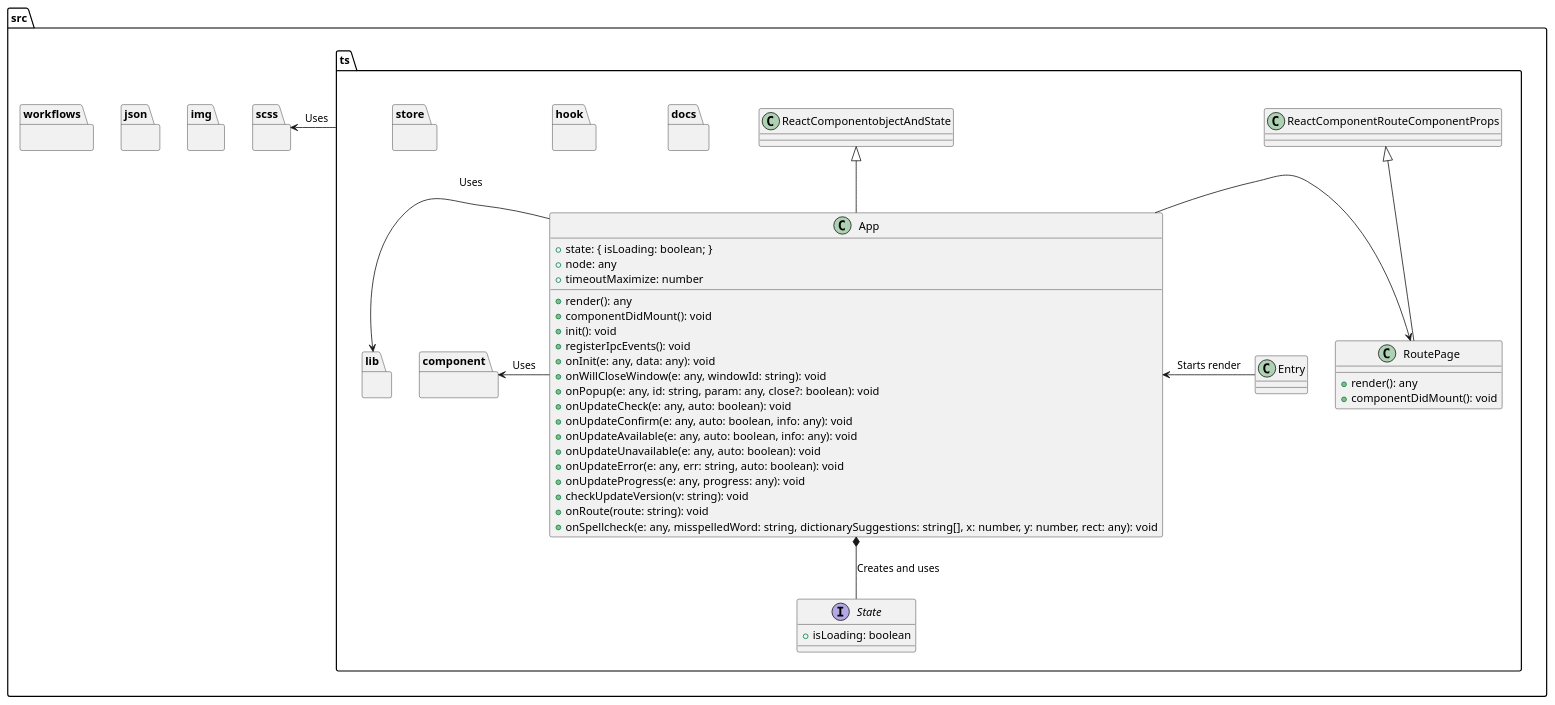
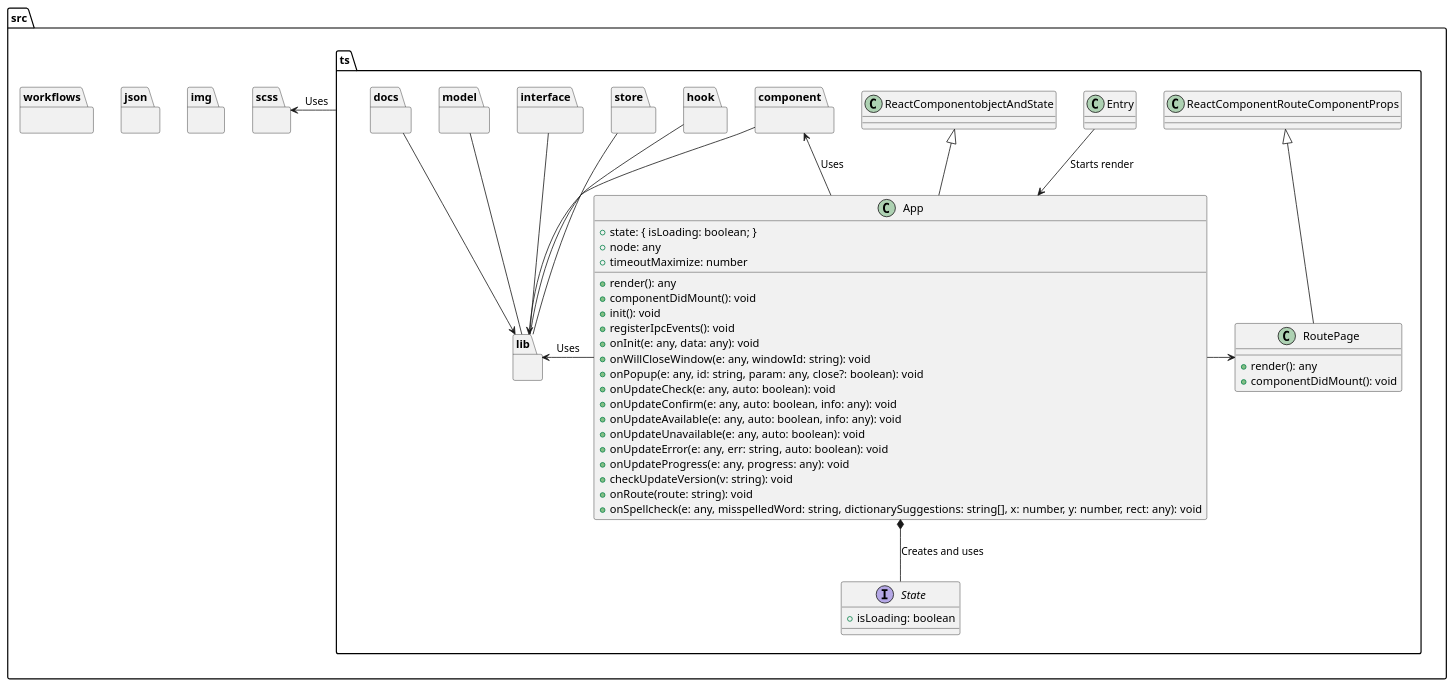
One commit to ThatOne2/Soft-Arch-anytype-ts- changed the diagram in module-view.puml. Above: the diagram before and after it, drawn with PlantUML. The commit also changed 3 other files, not shown here.

Commit message:
component preview and fixes to overview diagram

```diff
--- a/module-view.puml
+++ b/module-view.puml
@@ -1,87 +1,103 @@
 @startuml moduleview
 
 namespace src {
     namespace ts {
         interface State {
             +isLoading: boolean
         }
         
         class RoutePage extends ReactComponentRouteComponentProps {
             +render(): any
             +componentDidMount(): void
         }
 
         class App extends ReactComponentobjectAndState {
             +state: { isLoading: boolean; }
             +node: any
             +timeoutMaximize: number
             +render(): any
             +componentDidMount(): void
             +init(): void
             +registerIpcEvents(): void
             +onInit(e: any, data: any): void
             +onWillCloseWindow(e: any, windowId: string): void
             +onPopup(e: any, id: string, param: any, close?: boolean): void
             +onUpdateCheck(e: any, auto: boolean): void
             +onUpdateConfirm(e: any, auto: boolean, info: any): void
             +onUpdateAvailable(e: any, auto: boolean, info: any): void
             +onUpdateUnavailable(e: any, auto: boolean): void
             +onUpdateError(e: any, err: string, auto: boolean): void
             +onUpdateProgress(e: any, progress: any): void
             +checkUpdateVersion(v: string): void
             +onRoute(route: string): void
             +onSpellcheck(e: any, misspelledWord: string, dictionarySuggestions: string[], x: number, y: number, rect: any): void
         }
 
         class Entry {}
 
         component <- App : Uses
         lib <- App: Uses
         
         App *-- State : Creates and uses
         App -> RoutePage
         
 
         namespace component {
 
         }
 
         namespace docs {
 
         }
 
         namespace hook {
 
         }
 
         namespace lib {
 
         }
 
         namespace store {
 
         }
-        App <- Entry : Starts render
+
+        namespace interface {
+
+        }
+
+        namespace model {
+
+        }
+        
+        Entry --> App : Starts render
+        model -- lib
+        docs --> lib
+        hook -- lib
+        store -- lib
+        interface -- lib
+        component --> lib
+
     }
 
     namespace img {
 
     }
 
     namespace json {
 
     }
 
     namespace scss {
 
     }
 
     namespace workflows {
 
     }
 
     ts -> scss : Uses
 
 }
 
 @enduml
```
